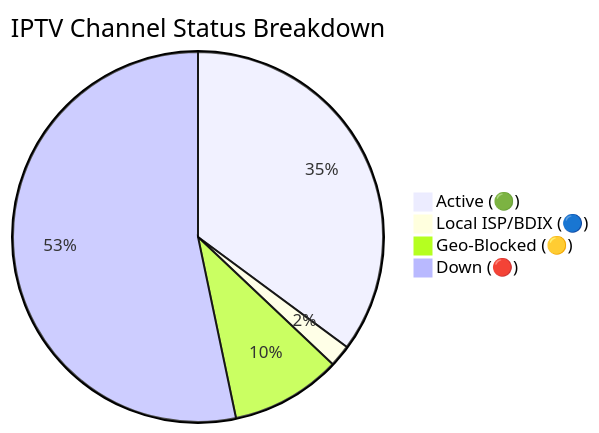
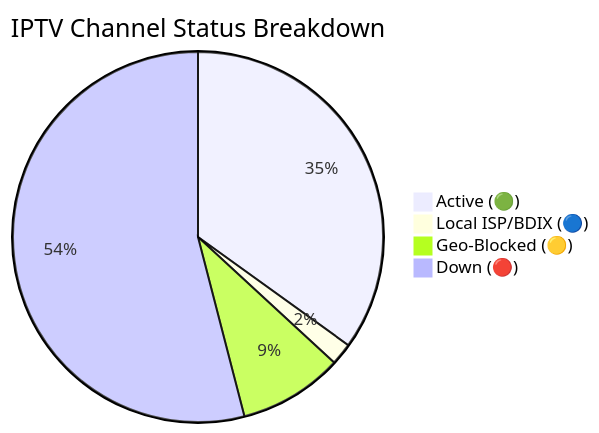
Before and after one commit to andreataylord/Ip-tv-Collection: the diagram in README.md, drawn with Mermaid. The commit also changed other lines of this file and 1 other file, not shown here.

Commit message:
docs(readme): auto-update daily channel status chart

````diff
--- a/README.md
+++ b/README.md
@@ -59,7 +59,7 @@
 ```mermaid
 pie title IPTV Channel Status Breakdown
-    "Active (🟢)" : 2336
+    "Active (🟢)" : 2323
     "Local ISP/BDIX (🔵)" : 128
-    "Geo-Blocked (🟡)" : 642
-    "Down (🔴)" : 3544
+    "Geo-Blocked (🟡)" : 606
+    "Down (🔴)" : 3593
 ```
````
